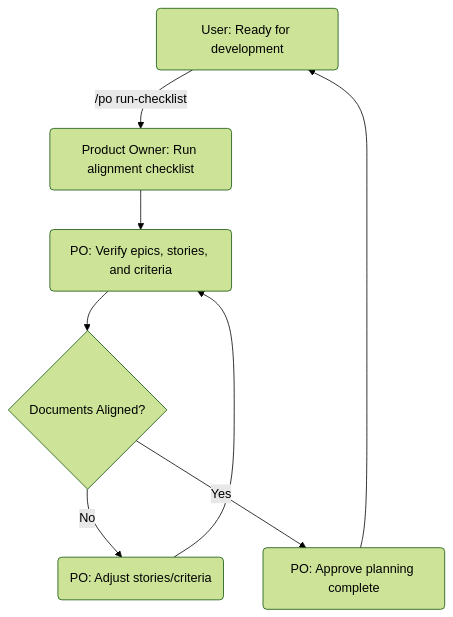
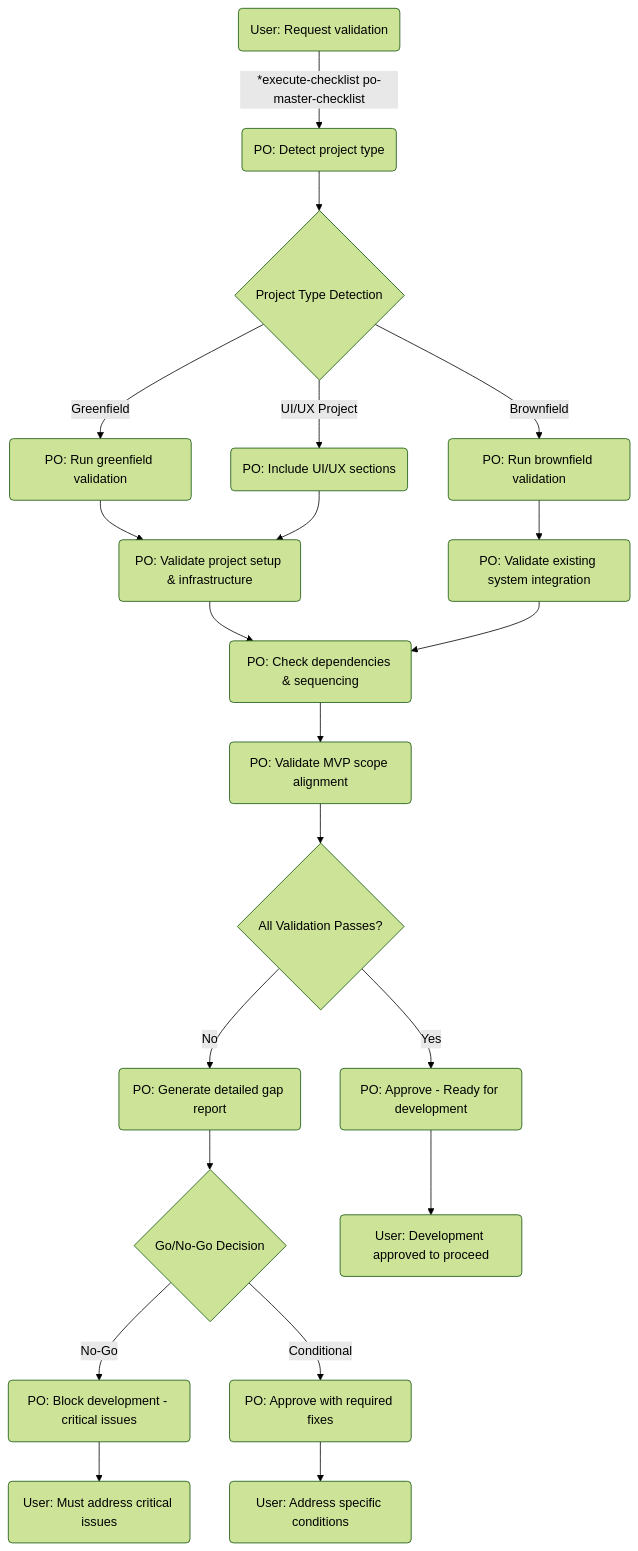
One commit to hitesh-goel/BMAD-METHOD changed the tenth of 15 diagrams in diagrams.md. Above: the diagram before and after it, drawn with Mermaid (forest theme). The commit also changed other lines of this file, not shown here.

Commit message:
Enhance command patterns and agent workflows in diagrams.md for clarity and consistency. Introduced detailed command structures for each agent, including core commands, agent-specific commands, and validation processes. Updated flowcharts to reflect new command usage and interaction sequences.

````diff
--- a/diagrams.md
+++ b/diagrams.md
@@ -180,10 +332,23 @@
 ```mermaid
 flowchart TD
-    U(User: Finalize planning) -->|"/po run-checklist"| PO(Product Owner: Run alignment checklist)
-    PO --> PO2(PO: Verify epics, stories, and criteria)
-    PO2 --> B{Documents Aligned?}
-    B -->|No| PO3(PO: Adjust stories/criteria)
-    PO3 --> PO2
-    B -->|Yes| PO4(PO: Approve planning complete)
-    PO4 --> U(User: Ready for development)
+    U(User: Request validation) -->|"*execute-checklist po-master-checklist"| PO1(PO: Detect project type)
+    PO1 --> PO2{Project Type Detection}
+    PO2 -->|Greenfield| PO3(PO: Run greenfield validation)
+    PO2 -->|Brownfield| PO4(PO: Run brownfield validation)
+    PO2 -->|UI/UX Project| PO5(PO: Include UI/UX sections)
+    PO3 --> PO6(PO: Validate project setup & infrastructure)
+    PO4 --> PO7(PO: Validate existing system integration)
+    PO5 --> PO6
+    PO6 --> PO8(PO: Check dependencies & sequencing)
+    PO7 --> PO8
+    PO8 --> PO9(PO: Validate MVP scope alignment)
+    PO9 --> PO10{All Validation Passes?}
+    PO10 -->|No| PO11(PO: Generate detailed gap report)
+    PO11 --> PO12{Go/No-Go Decision}
+    PO12 -->|No-Go| PO13(PO: Block development - critical issues)
+    PO12 -->|Conditional| PO14(PO: Approve with required fixes)
+    PO10 -->|Yes| PO15(PO: Approve - Ready for development)
+    PO13 --> U2(User: Must address critical issues)
+    PO14 --> U3(User: Address specific conditions)
+    PO15 --> U4(User: Development approved to proceed)
 ```
````
